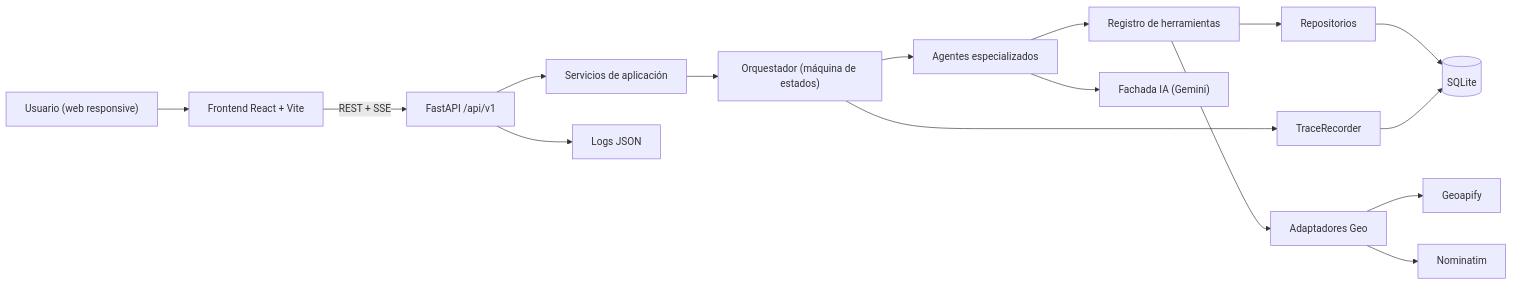
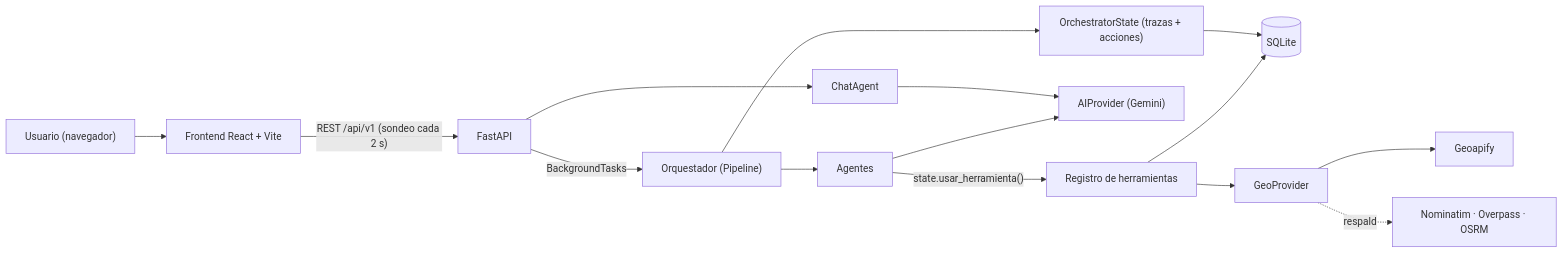
The first of 4 diagrams in Documentacion/plan_tecnico.md (Jupagui/Orbis), drawn with Mermaid before and after one commit. The commit also changed other lines of this file and 9 other files, not shown here.

````diff
--- a/Documentacion/plan_tecnico.md
+++ b/Documentacion/plan_tecnico.md
@@ -71,18 +69,16 @@
 ```mermaid
 flowchart LR
-  U["Usuario (web responsive)"] --> FE["Frontend React + Vite"]
-  FE -->|"REST + SSE"| API["FastAPI /api/v1"]
-  API --> SVC["Servicios de aplicación"]
-  SVC --> ORQ["Orquestador (máquina de estados)"]
-  ORQ --> AG["Agentes especializados"]
-  AG --> TL["Registro de herramientas"]
-  TL --> REPO["Repositorios"]
-  TL --> GEO["Adaptadores Geo"]
-  AG --> AI["Fachada IA (Gemini)"]
-  REPO --> DB[("SQLite")]
+  U["Usuario (navegador)"] --> FE["Frontend React + Vite"]
+  FE -->|"REST /api/v1 (sondeo cada 2 s)"| API["FastAPI"]
+  API -->|BackgroundTasks| ORQ["Orquestador (Pipeline)"]
+  ORQ --> AG["Agentes"]
+  AG -->|"state.usar_herramienta()"| TL["Registro de herramientas"]
+  TL --> DB[("SQLite")]
+  TL --> GEO["GeoProvider"]
   GEO --> GA["Geoapify"]
-  GEO --> NO["Nominatim"]
-  ORQ --> TR["TraceRecorder"]
-  TR --> DB
-  API --> LOG["Logs JSON"]
+  GEO -.respaldo.-> OSM["Nominatim · Overpass · OSRM"]
+  AG --> AI["AIProvider (Gemini)"]
+  ORQ --> ST["OrchestratorState (trazas + acciones)"]
+  ST --> DB
+  API --> CH["ChatAgent"] --> AI
 ```
````
